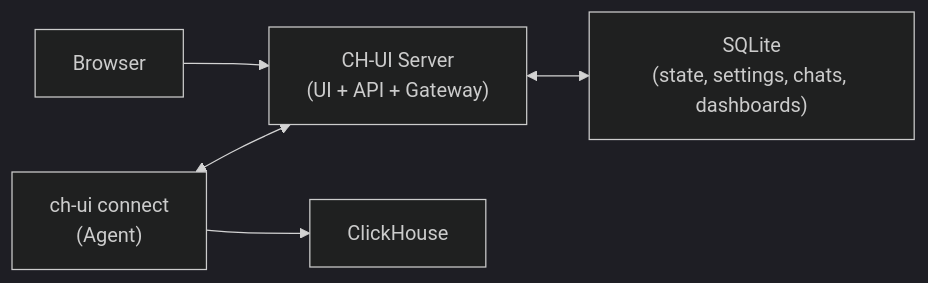
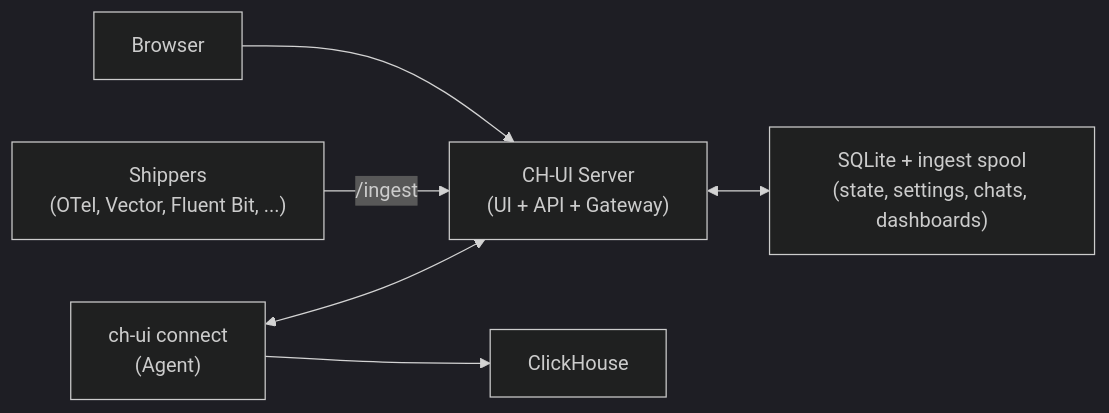
Before and after one commit to caioricciuti/ch-ui: the diagram in README.md, drawn with Mermaid (dark theme). The commit also changed other lines of this file and 10 other files, not shown here.

````diff
--- a/README.md
+++ b/README.md
@@ -286,7 +368,8 @@
 ```mermaid
 flowchart LR
     U["Browser"] --> S["CH-UI Server\n(UI + API + Gateway)"]
-    S <--> DB["SQLite\n(state, settings, chats, dashboards)"]
+    SH["Shippers\n(OTel, Vector, Fluent Bit, ...)"] -->|"/ingest"| S
+    S <--> DB["SQLite + ingest spool\n(state, settings, chats, dashboards)"]
     A["ch-ui connect\n(Agent)"] <--> S
     A --> CH["ClickHouse"]
 ```
````
